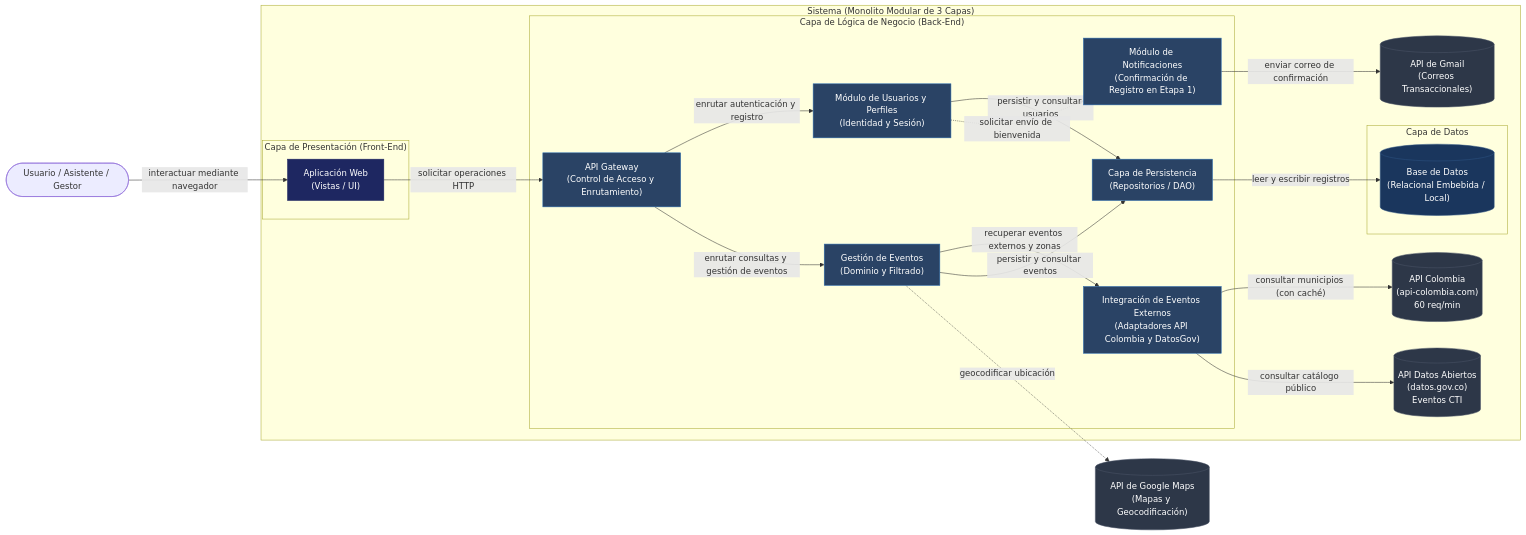
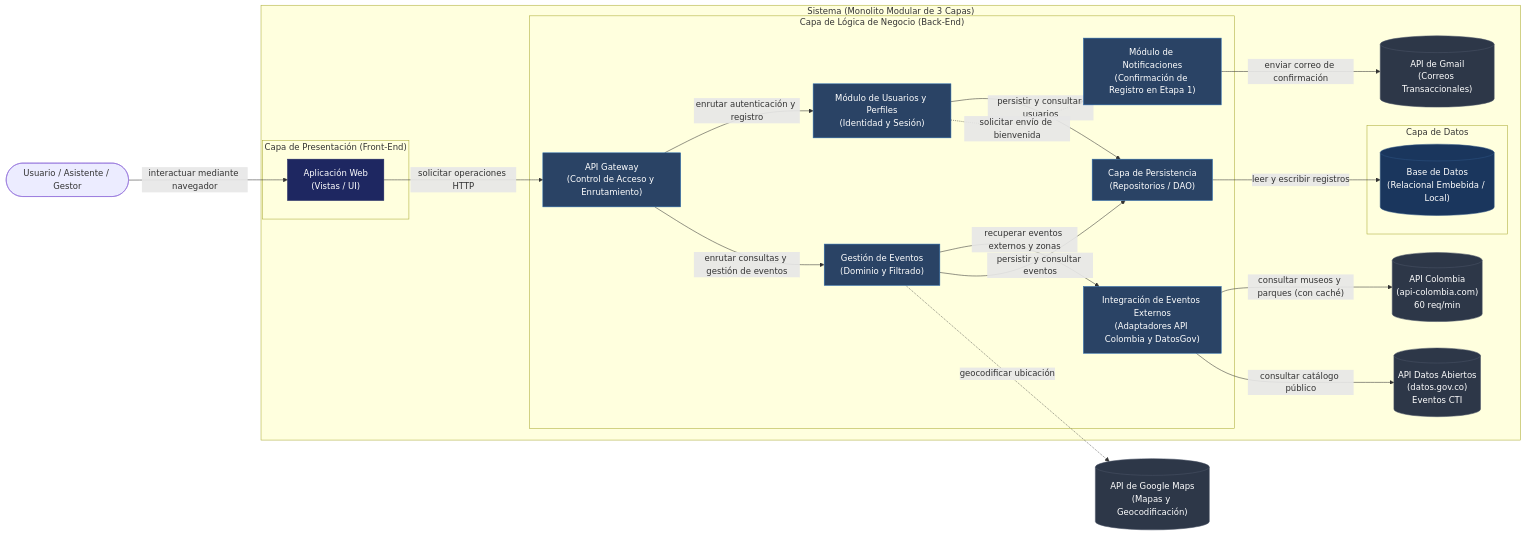
Before and after one commit to ProyectPlanning/Sistema_de_eventos: the first of 3 diagrams in Docs/Design/Diseño Arquitectónico detallado 01.md, drawn with Mermaid.

Commit message:
Actualización de municipios a museos y parques

````diff
--- a/Docs/Design/Diseño Arquitectónico detallado 01.md
+++ b/Docs/Design/Diseño Arquitectónico detallado 01.md
@@ -49,55 +49,55 @@
 ```mermaid
 flowchart LR
     User([Usuario / Asistente / Gestor])
     API_COL[("API Colombia\n(api-colombia.com)\n60 req/min")]
     API_GOV[("API Datos Abiertos\n(datos.gov.co)\nEventos CTI")]
     MAPS_EXT[("API de Google Maps\n(Mapas y Geocodificación)")]
     GMAIL_EXT[("API de Gmail\n(Correos Transaccionales)")]
 
     subgraph SYS["Sistema (Monolito Modular de 3 Capas)"]
         subgraph FRONT["Capa de Presentación (Front-End)"]
             WEB["Aplicación Web\n(Vistas / UI)"]
         end
 
         subgraph BACK["Capa de Lógica de Negocio (Back-End)"]
             GW["API Gateway\n(Control de Acceso y Enrutamiento)"]
             GE["Gestión de Eventos\n(Dominio y Filtrado)"]
             IE["Integración de Eventos Externos\n(Adaptadores API Colombia y DatosGov)"]
             GU["Módulo de Usuarios y Perfiles\n(Identidad y Sesión)"]
             NOTIF["Módulo de Notificaciones\n(Confirmación de Registro en Etapa 1)"]
             PERS["Capa de Persistencia\n(Repositorios / DAO)"]
         end
 
         subgraph DATA["Capa de Datos"]
             DB[("Base de Datos\n(Relacional Embebida / Local)")]
         end
 
         WEB -->|"solicitar operaciones HTTP"| GW
         GW -->|"enrutar autenticación y registro"| GU
         GW -->|"enrutar consultas y gestión de eventos"| GE
 
         GE -->|"recuperar eventos externos y zonas"| IE
-        IE -->|"consultar municipios (con caché)"| API_COL
+        IE -->|"consultar museos y parques (con caché)"| API_COL
         IE -->|"consultar catálogo público"| API_GOV
 
         GE -->|"persistir y consultar eventos"| PERS
         GU -->|"persistir y consultar usuarios"| PERS
         GU -.->|"solicitar envío de bienvenida"| NOTIF
         NOTIF -->|"enviar correo de confirmación"| GMAIL_EXT
 
         PERS -->|"leer y escribir registros"| DB
     end
 
     User -->|"interactuar mediante navegador"| WEB
     GE -.->|"geocodificar ubicación"| MAPS_EXT
 
     classDef external fill:#2D3748,color:#ffffff,stroke:#4A5568;
     classDef frontend fill:#1E2761,color:#ffffff,stroke:#1E2761;
     classDef backend fill:#2A4365,color:#ffffff,stroke:#2B6CB0;
     classDef database fill:#1A365D,color:#ffffff,stroke:#2C5282;
 
     class API_COL,API_GOV,MAPS_EXT,GMAIL_EXT external;
     class WEB frontend;
     class GW,GE,IE,GU,NOTIF,PERS backend;
     class DB database;
 ```
````
